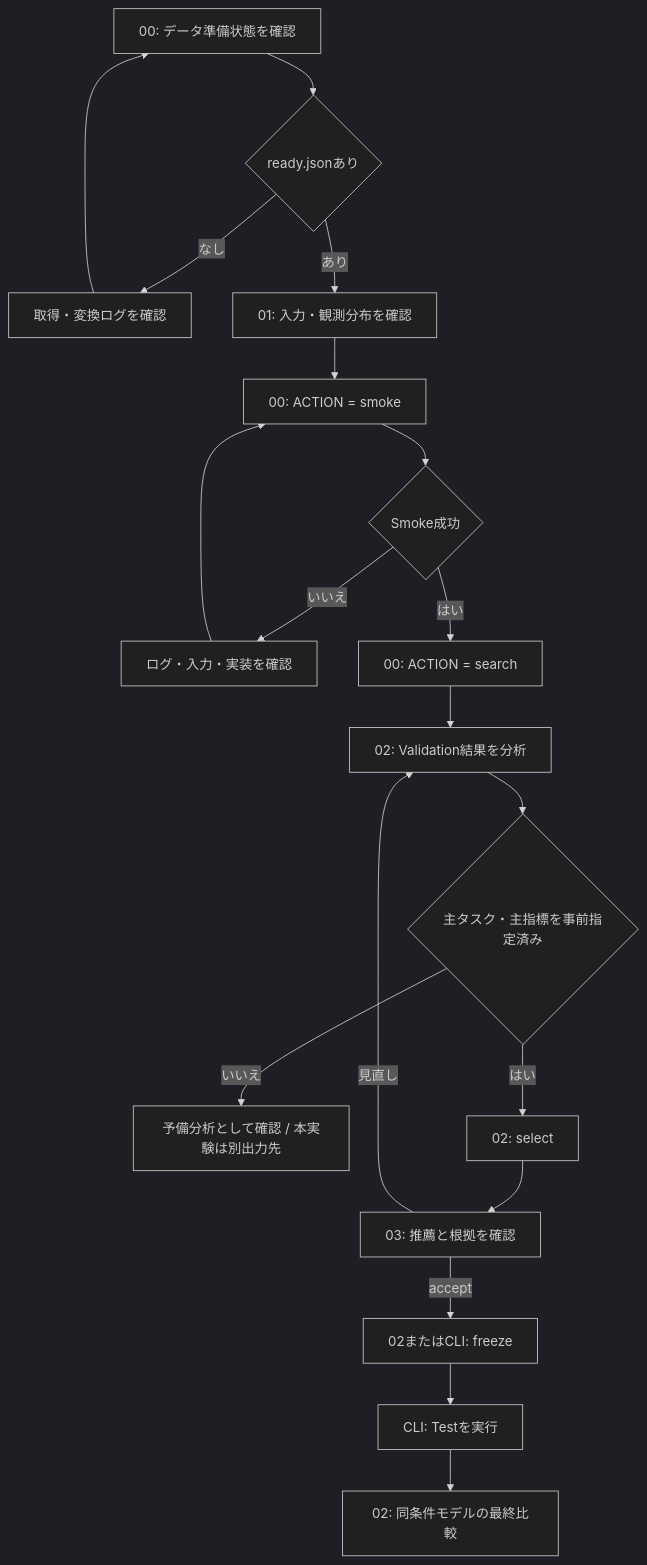
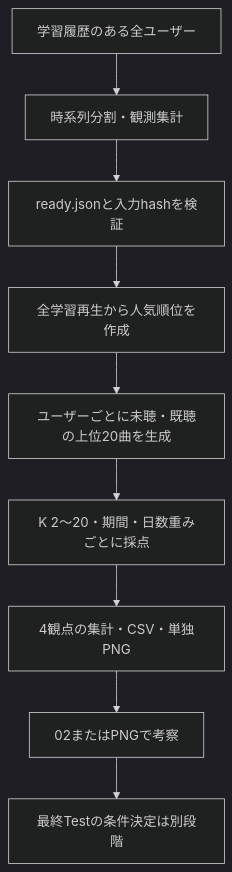
Before and after one commit to 97kuek/music-recsys: the diagram in docs/experiment-workflow.md, drawn with Mermaid (dark theme). The commit also changed other lines of this file and 75 other files, not shown here.

````diff
--- a/docs/experiment-workflow.md
+++ b/docs/experiment-workflow.md
@@ -5,21 +5,11 @@
 ```mermaid
 flowchart TD
-    A[00: データ準備状態を確認] --> B{ready.jsonあり}
-    B -- なし --> C[取得・変換ログを確認]
-    C --> A
-    B -- あり --> D[01: 入力・観測分布を確認]
-    D --> E[00: ACTION = smoke]
-    E --> F{Smoke成功}
-    F -- いいえ --> G[ログ・入力・実装を確認]
-    G --> E
-    F -- はい --> H[00: ACTION = search]
-    H --> I[02: Validation結果を分析]
-    I --> J{主タスク・主指標を事前指定済み}
-    J -- いいえ --> K[予備分析として確認 / 本実験は別出力先]
-    J -- はい --> L[02: select]
-    L --> M[03: 推薦と根拠を確認]
-    M -- 見直し --> I
-    M -- accept --> N[02またはCLI: freeze]
-    N --> O[CLI: Testを実行]
-    O --> P[02: 同条件モデルの最終比較]
+    A[学習履歴のある全ユーザー] --> B[時系列分割・観測集計]
+    B --> C[ready.jsonと入力hashを検証]
+    C --> D[全学習再生から人気順位を作成]
+    D --> E[ユーザーごとに未聴・既聴の上位20曲を生成]
+    E --> F[K 2〜20・期間・日数重みごとに採点]
+    F --> G[4観点の集計・CSV・単独PNG]
+    G --> H[02またはPNGで考察]
+    H --> I[最終Testの条件決定は別段階]
 ```
````
